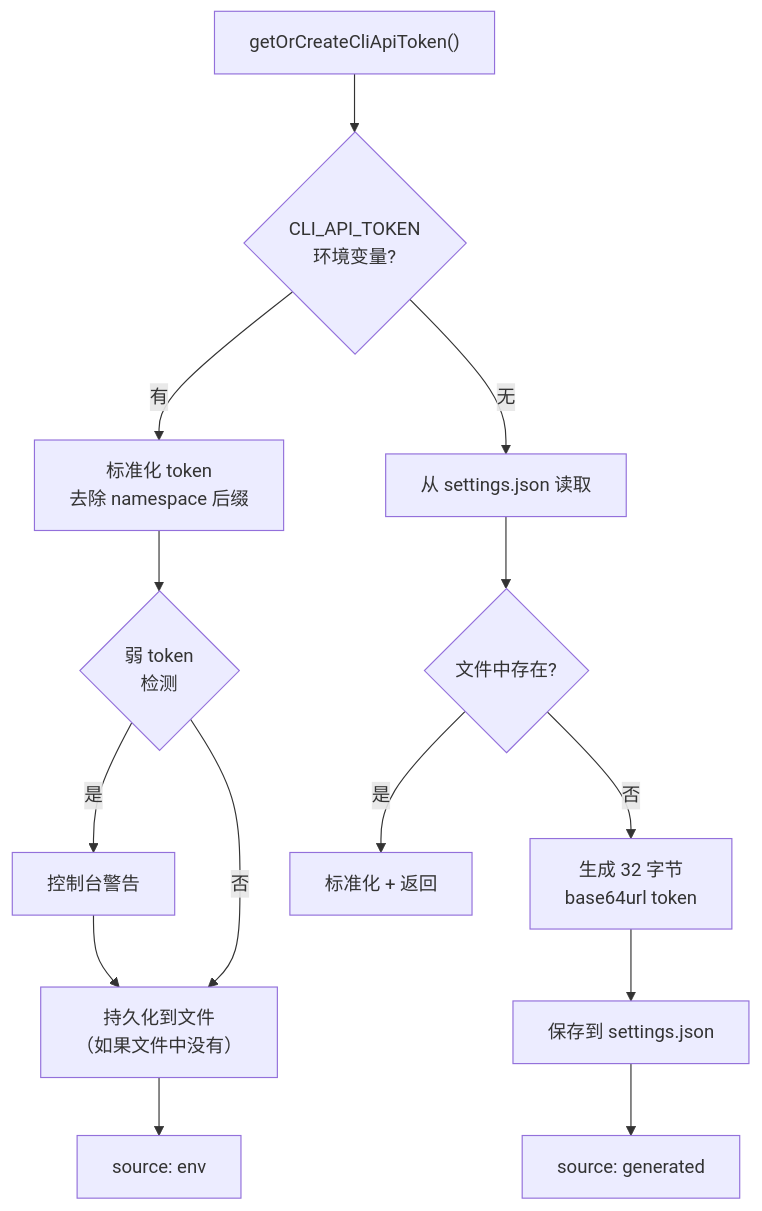
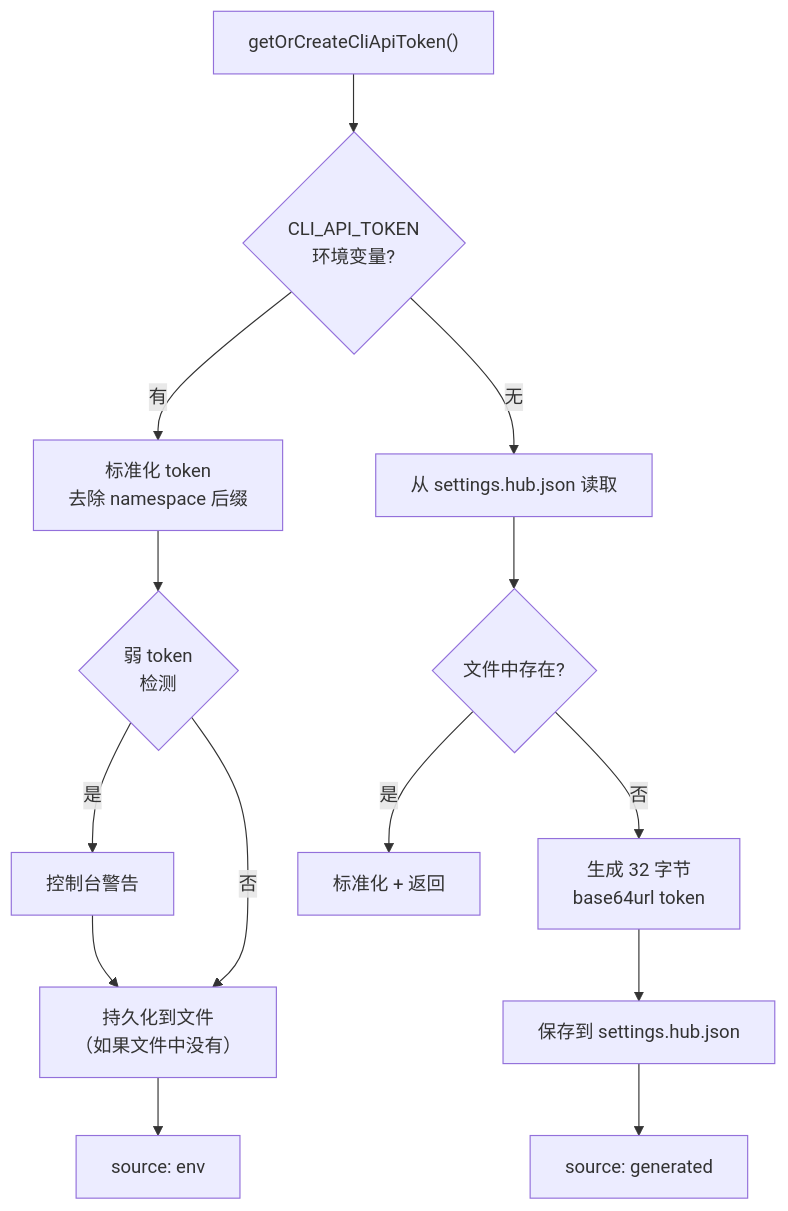
One commit to ModuBit/mobi changed the fifth of 6 diagrams in docs/architecture/hub/config/README.md. Above: the diagram before and after it, drawn with Mermaid. The commit also changed other lines of this file and 37 other files, not shown here.

First line of the commit message:
feat(hub,cli,docs): 配置文件拆分 settings.hub.json + settings.cli.json，hub 与 cli 支持不同机器部署

````diff
--- a/docs/architecture/hub/config/README.md
+++ b/docs/architecture/hub/config/README.md
@@ -107,17 +132,17 @@
 ```mermaid
 flowchart TB
     Start["getOrCreateCliApiToken()"] --> Env{"CLI_API_TOKEN<br/>环境变量?"}
     Env -->|有| Normalize["标准化 token<br/>去除 namespace 后缀"]
     Normalize --> Weak{"弱 token<br/>检测"}
     Weak -->|"是"| Warn["控制台警告"]
     Weak -->|"否"| Persist["持久化到文件<br/>（如果文件中没有）"]
     Warn --> Persist
     Persist --> Return1["source: env"]
 
-    Env -->|无| File["从 settings.json 读取"]
+    Env -->|无| File["从 settings.hub.json 读取"]
     File --> HasFile{"文件中存在?"}
     HasFile -->|是| Normalize2["标准化 + 返回"]
     HasFile -->|否| Generate["生成 32 字节<br/>base64url token"]
-    Generate --> Save["保存到 settings.json"]
+    Generate --> Save["保存到 settings.hub.json"]
     Save --> Return2["source: generated"]
 ```
````
